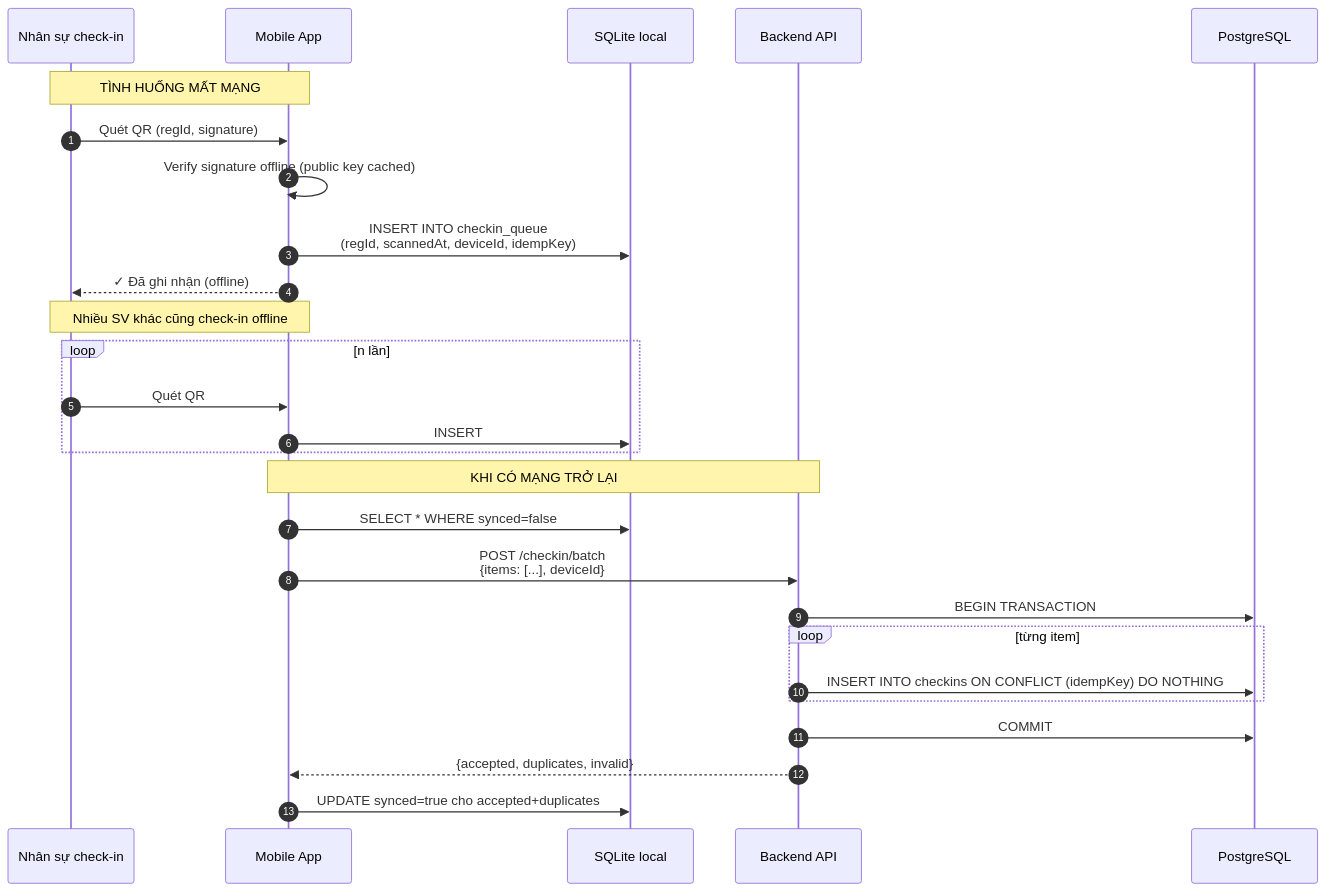
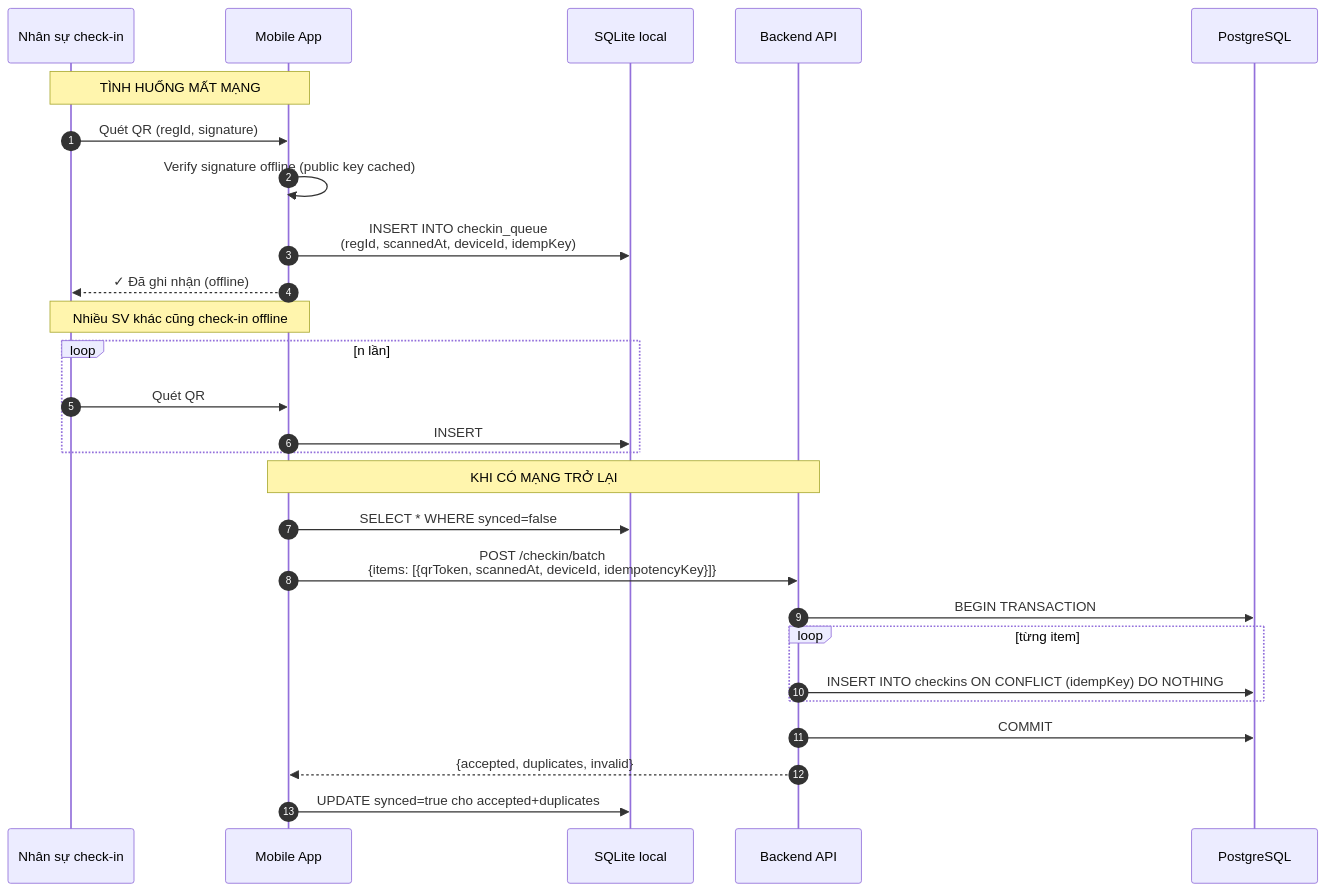
The first of 6 diagrams in blueprint/design.md (ThangTo/UniHub-Workshop), drawn with Mermaid before and after one commit. The commit also changed other lines of this file and 11 other files, not shown here.

````diff
--- a/blueprint/design.md
+++ b/blueprint/design.md
@@ -110,32 +110,32 @@
 ```mermaid
 sequenceDiagram
     autonumber
     participant Staff as Nhân sự check-in
     participant App as Mobile App
     participant SQLite as SQLite local
     participant API as Backend API
     participant DB as PostgreSQL
 
     Note over Staff,App: TÌNH HUỐNG MẤT MẠNG
     Staff->>App: Quét QR (regId, signature)
     App->>App: Verify signature offline (public key cached)
     App->>SQLite: INSERT INTO checkin_queue<br/>(regId, scannedAt, deviceId, idempKey)
     App-->>Staff: ✓ Đã ghi nhận (offline)
 
     Note over Staff,App: Nhiều SV khác cũng check-in offline
     loop n lần
         Staff->>App: Quét QR
         App->>SQLite: INSERT
     end
 
     Note over App,API: KHI CÓ MẠNG TRỞ LẠI
     App->>SQLite: SELECT * WHERE synced=false
-    App->>API: POST /checkin/batch<br/>{items: [...], deviceId}
+    App->>API: POST /checkin/batch<br/>{items: [{qrToken, scannedAt, deviceId, idempotencyKey}]}
     API->>DB: BEGIN TRANSACTION
     loop từng item
         API->>DB: INSERT INTO checkins ON CONFLICT (idempKey) DO NOTHING
     end
     API->>DB: COMMIT
     API-->>App: {accepted, duplicates, invalid}
     App->>SQLite: UPDATE synced=true cho accepted+duplicates
 ```
````
